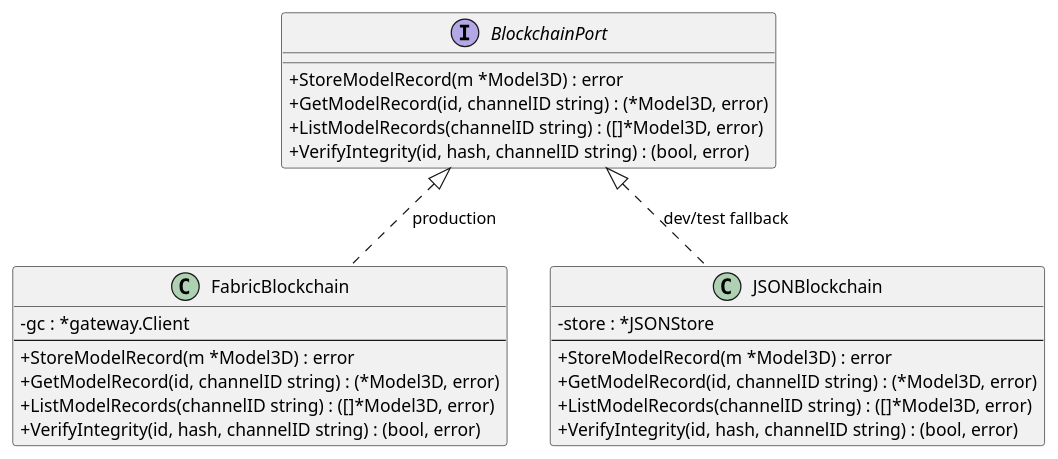
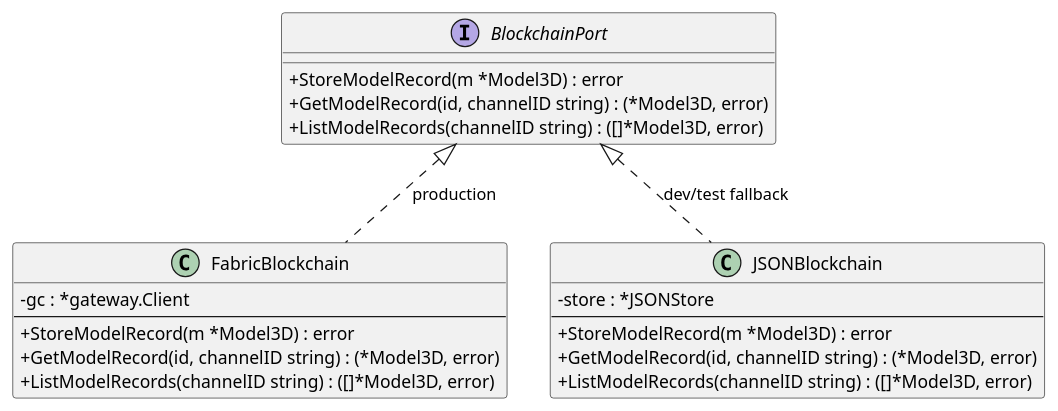
The second of 2 diagrams in specs/3-Conception/Architecture_Hexagonale.md (myr-forge/myr-core), drawn with PlantUML before and after one commit. The commit also changed other lines of this file and 52 other files, not shown here.

````diff
--- a/specs/3-Conception/Architecture_Hexagonale.md
+++ b/specs/3-Conception/Architecture_Hexagonale.md
@@ -269,34 +269,31 @@
 ```plantuml
 @startuml
 skinparam classAttributeIconSize 0
 
 interface BlockchainPort {
   + StoreModelRecord(m *Model3D) : error
   + GetModelRecord(id, channelID string) : (*Model3D, error)
   + ListModelRecords(channelID string) : ([]*Model3D, error)
-  + VerifyIntegrity(id, hash, channelID string) : (bool, error)
 }
 
 class FabricBlockchain {
   - gc : *gateway.Client
   --
   + StoreModelRecord(m *Model3D) : error
   + GetModelRecord(id, channelID string) : (*Model3D, error)
   + ListModelRecords(channelID string) : ([]*Model3D, error)
-  + VerifyIntegrity(id, hash, channelID string) : (bool, error)
 }
 
 class JSONBlockchain {
   - store : *JSONStore
   --
   + StoreModelRecord(m *Model3D) : error
   + GetModelRecord(id, channelID string) : (*Model3D, error)
   + ListModelRecords(channelID string) : ([]*Model3D, error)
-  + VerifyIntegrity(id, hash, channelID string) : (bool, error)
 }
 
 BlockchainPort <|.. FabricBlockchain : production
 BlockchainPort <|.. JSONBlockchain : dev/test fallback
 
 @enduml
 ```
````
